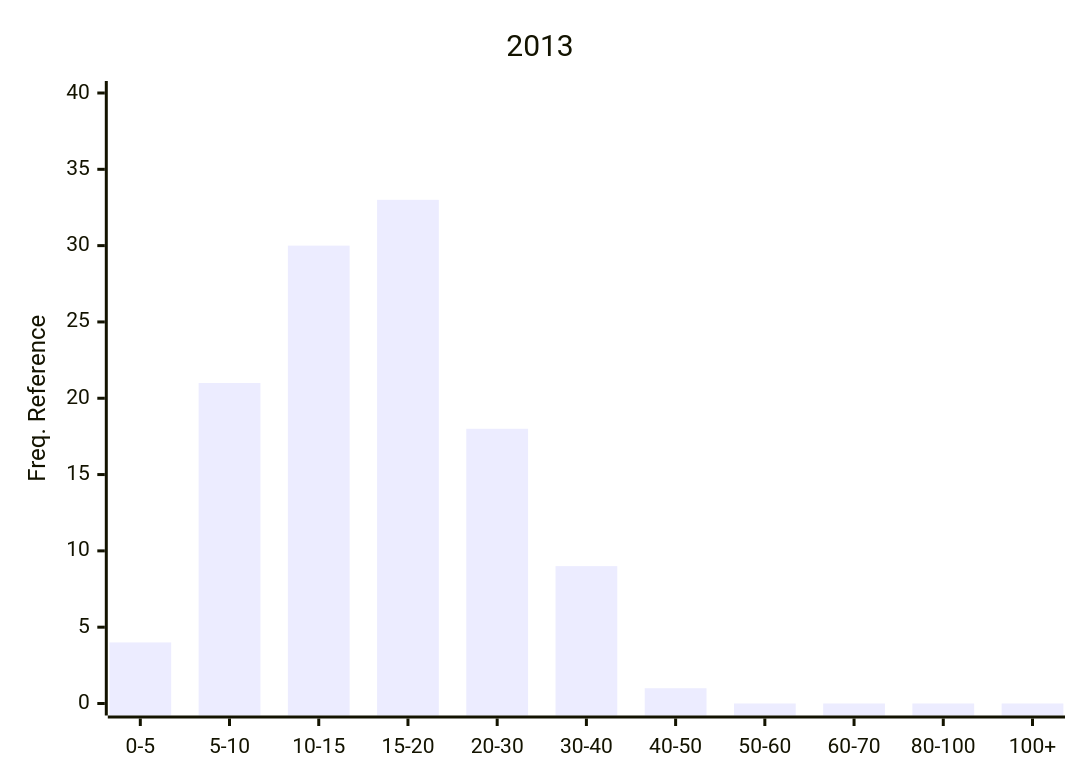
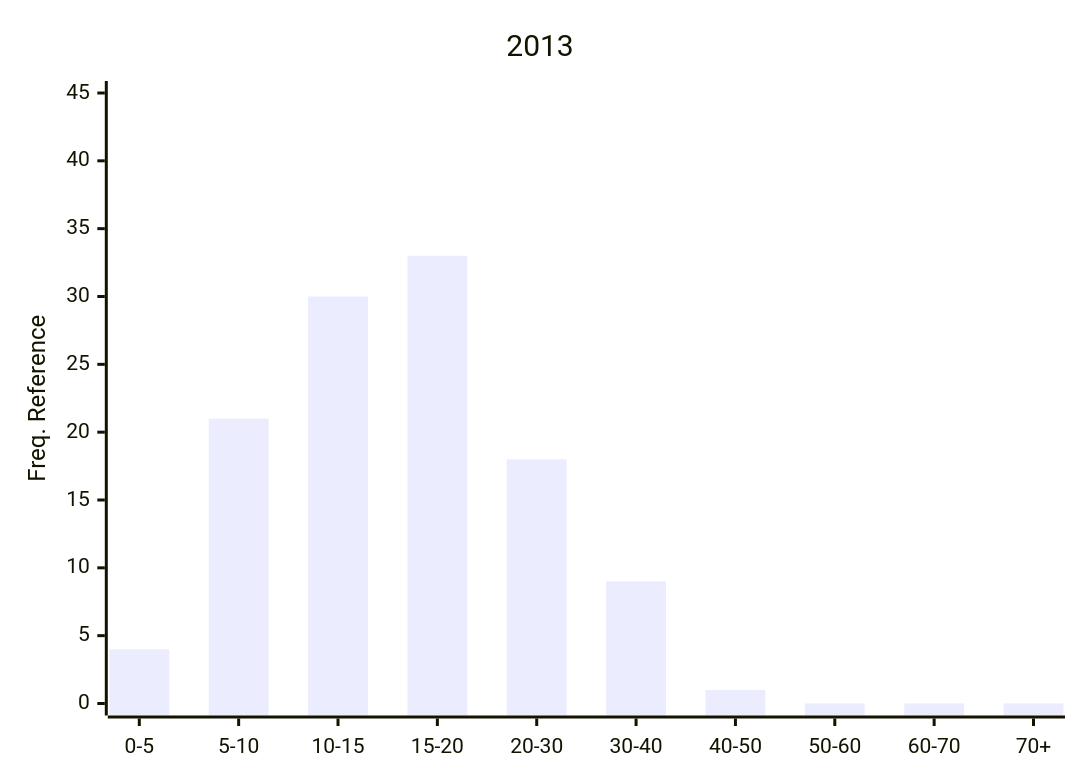
One commit to Nemus-Project/fair-nime-2026 changed diagram 17 of 29 in README.md. Above: the diagram before and after it, drawn with Mermaid. The commit also changed other lines of this file, not shown here.

Commit message:
add freq charts

````diff
--- a/README.md
+++ b/README.md
@@ -583,7 +586,7 @@
 ```mermaid
 xychart-beta
     title "2013"
-    x-axis ["0-5", "5-10", "10-15", "15-20", "20-30", "30-40", "40-50", "50-60", "60-70", "80-100", "100+"]
-    y-axis "Freq. Reference" 0 --> 40
-    bar [4, 21, 30, 33, 18, 9, 1, 0, 0, 0, 0]
+    x-axis ["0-5", "5-10", "10-15", "15-20", "20-30", "30-40", "40-50", "50-60", "60-70", "70+"]
+    y-axis "Freq. Reference" 0 --> 45
+    bar [4, 21, 30, 33, 18, 9, 1, 0, 0, 0]
 ```    
````
